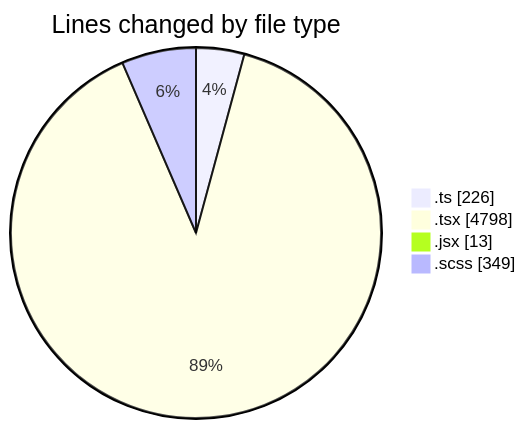
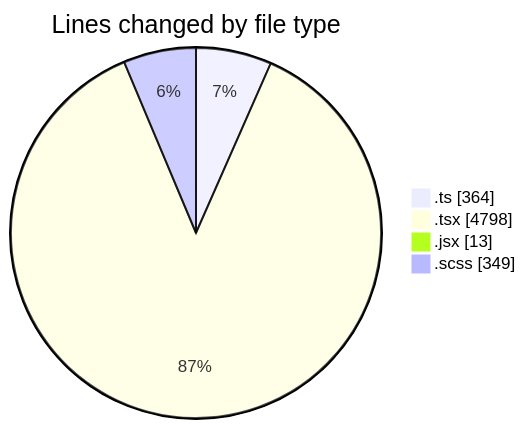
Before and after one commit to momahboobian/code-tracking: the first of 2 diagrams in 2025-12-02/cda/README.md, drawn with Mermaid. The commit also changed other lines of this file and 1 other file, not shown here.

````diff
--- a/2025-12-02/cda/README.md
+++ b/2025-12-02/cda/README.md
@@ -32,8 +33,8 @@
 ```mermaid
 pie showData
 title Lines changed by file type
-".ts" : 226
+".ts" : 364
 ".tsx" : 4798
 ".jsx" : 13
 ".scss" : 349
 ```
````
